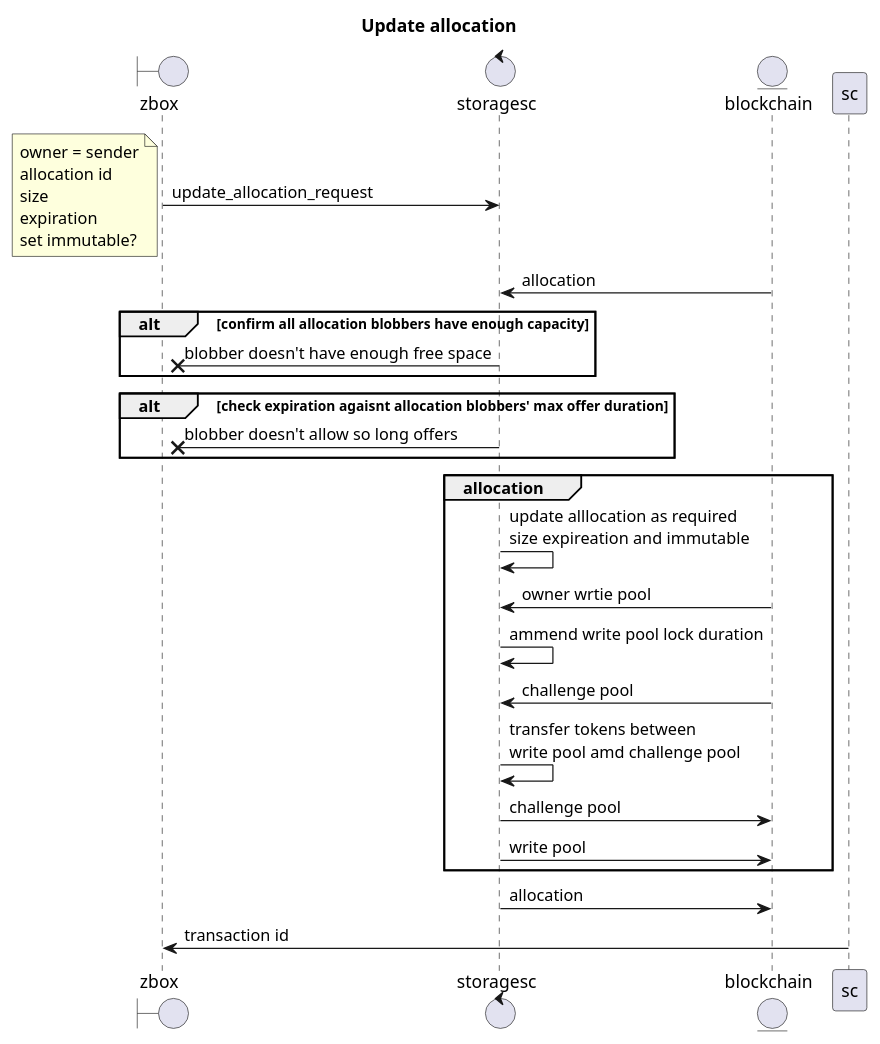
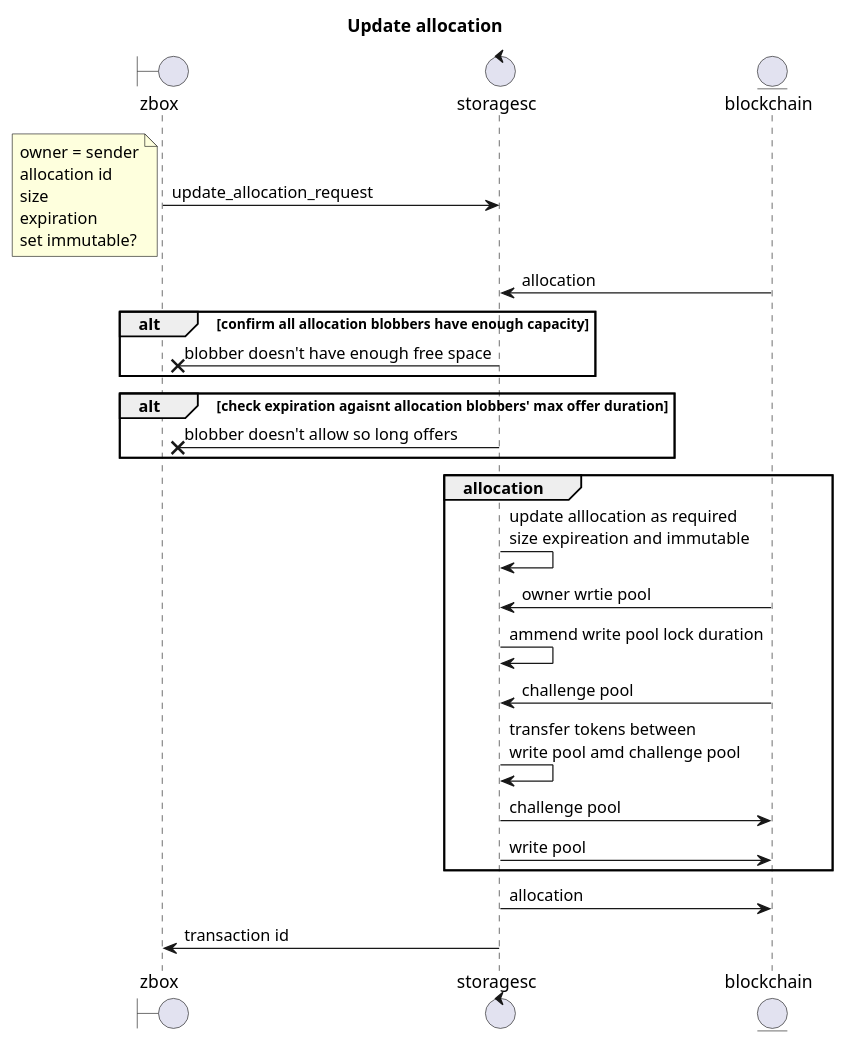
Diagram 25 of 32 in documents/uml.md (0chain/zboxcli), drawn with PlantUML before and after one commit. The commit also changed other lines of this file and 1 other file, not shown here.

````diff
--- a/documents/uml.md
+++ b/documents/uml.md
@@ -591,32 +599,32 @@
 ```puml
 title Update allocation
 boundary zbox
 control storagesc
 entity blockchain
 zbox ->storagesc: update_allocation_request
 note left
     owner = sender
     allocation id
     size
     expiration
     set immutable?
 end note
     blockchain ->storagesc: allocation
     alt confirm all allocation blobbers have enough capacity
        storagesc->x zbox : blobber doesn't have enough free space
     end
     alt check expiration agaisnt allocation blobbers' max offer duration
        storagesc->x zbox : blobber doesn't allow so long offers
     end
     group allocation
        storagesc->storagesc: update alllocation as required\nsize expireation and immutable
         blockchain ->storagesc: owner wrtie pool
        storagesc->storagesc: ammend write pool lock duration
         blockchain ->storagesc: challenge pool
        storagesc->storagesc: transfer tokens between\nwrite pool amd challenge pool
        storagesc-> blockchain : challenge pool
        storagesc-> blockchain : write pool
     end
    storagesc-> blockchain : allocation
-sc -> zbox : transaction id
+storagesc -> zbox : transaction id
 ```
````
